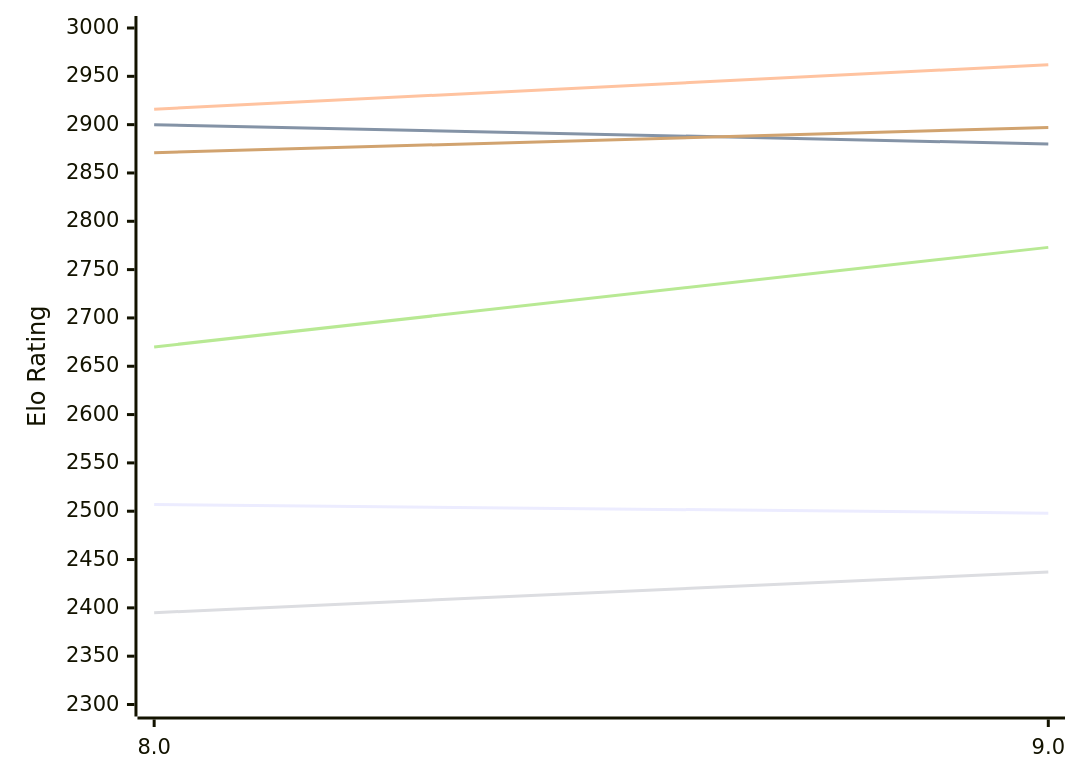
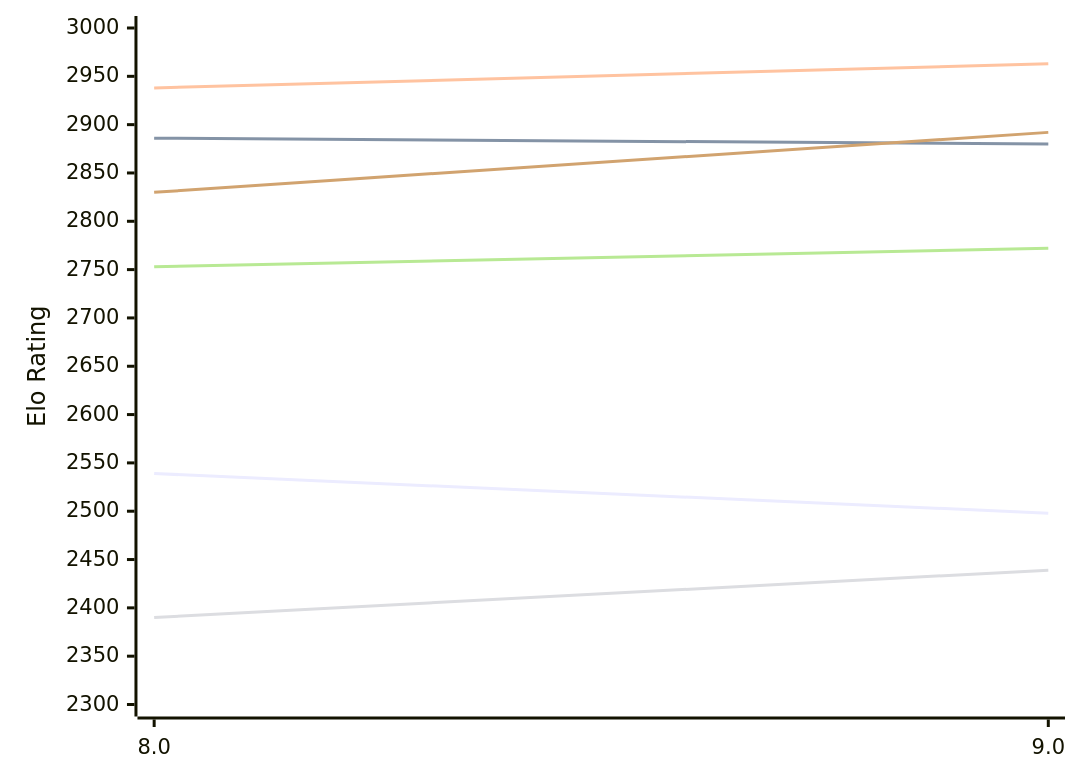
Before and after one commit to computer-chess-index/cci: the first of 2 diagrams in engines/4kc.md, drawn with Mermaid. The commit also changed other lines of this file, not shown here.

Commit message:
Update CCI Ratings (ELO VLTC) - 2026-11-15

````diff
--- a/engines/4kc.md
+++ b/engines/4kc.md
@@ -51,12 +51,12 @@
 ```mermaid
 %%{init: {"theme":"base","themeVariables":{"seriesColors:['#a3a3a3','#222221','#faa371']}}}%%
 xychart-beta
   x-axis ["8.0", "9.0"]
   y-axis "Elo Rating" 2300 --> 3000
-  line "E1: STC (8.0+0.08s)" [2507, 2498]
-  line "E1: LTC (60.0+0.60s)" [2900, 2880]
-  line "E1: VLTC (2m24s+1.12s)" [2916, 2962]
-  line "P1: STC (8.0+0.08s)" [2395, 2437]
-  line "P1: LTC (60.0+0.60s)" [2670, 2773]
-  line "P1: VLTC (2m24s+1.12s)" [2871, 2897]
+  line "E1: STC (8.0+0.08s)" [2539, 2498]
+  line "E1: LTC (60.0+0.60s)" [2886, 2880]
+  line "E1: VLTC (2m24s+1.12s)" [2938, 2963]
+  line "P1: STC (8.0+0.08s)" [2390, 2439]
+  line "P1: LTC (60.0+0.60s)" [2753, 2772]
+  line "P1: VLTC (2m24s+1.12s)" [2830, 2892]
 ```
````
